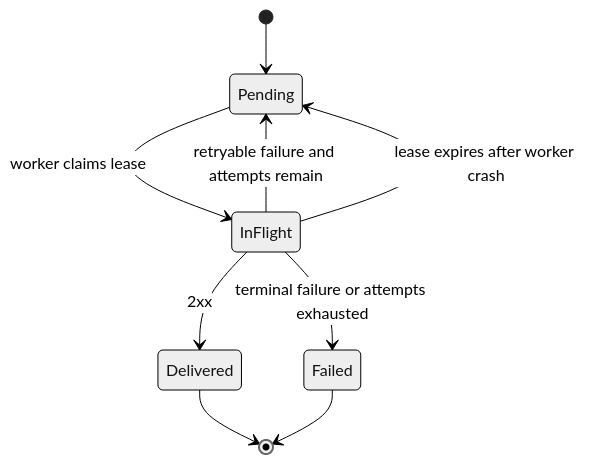
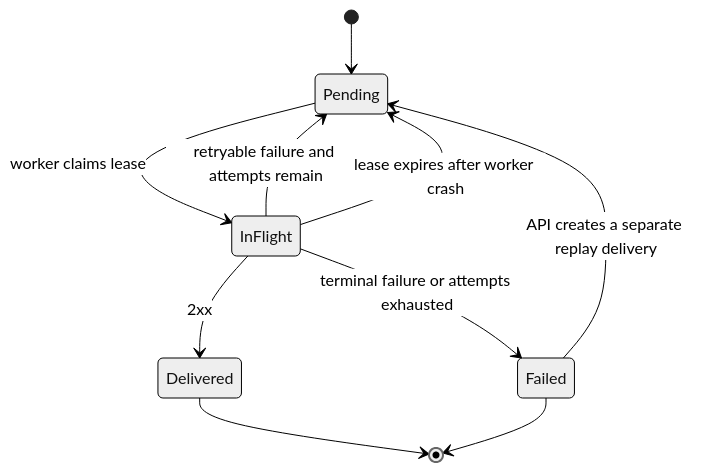
One commit to prajexec/HookForge changed the fourth of 7 diagrams in docs/architecture/diagrams.md. Above: the diagram before and after it, drawn with Mermaid (neutral theme). The commit also changed 14 other files, not shown here.

Commit message:
feat(api): add delivery inspection and replay

````diff
--- a/docs/architecture/diagrams.md
+++ b/docs/architecture/diagrams.md
@@ -61,11 +61,12 @@
 ```mermaid
 stateDiagram-v2
   [*] --> Pending
   Pending --> InFlight: worker claims lease
   InFlight --> Delivered: 2xx
   InFlight --> Pending: retryable failure and attempts remain
   InFlight --> Failed: terminal failure or attempts exhausted
   InFlight --> Pending: lease expires after worker crash
+  Failed --> Pending: API creates a separate replay delivery
   Delivered --> [*]
   Failed --> [*]
 ```
````
